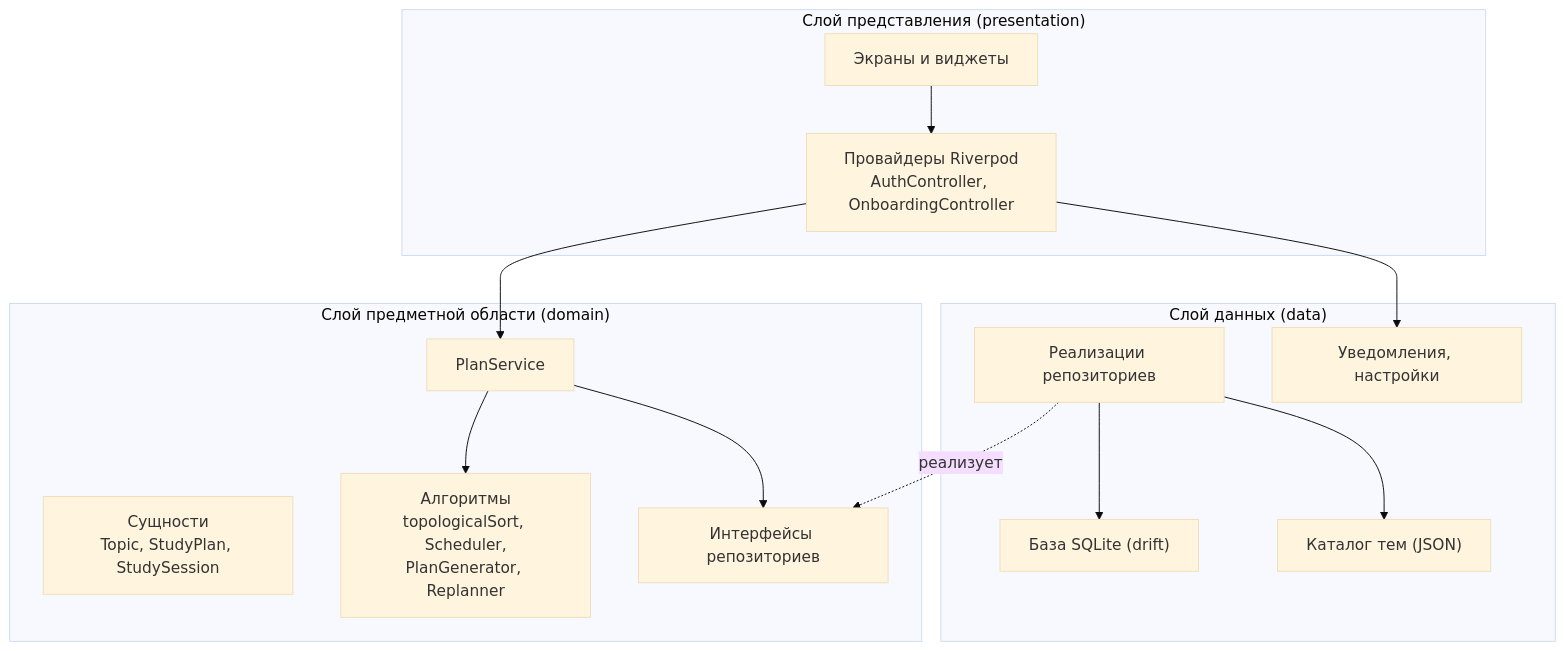
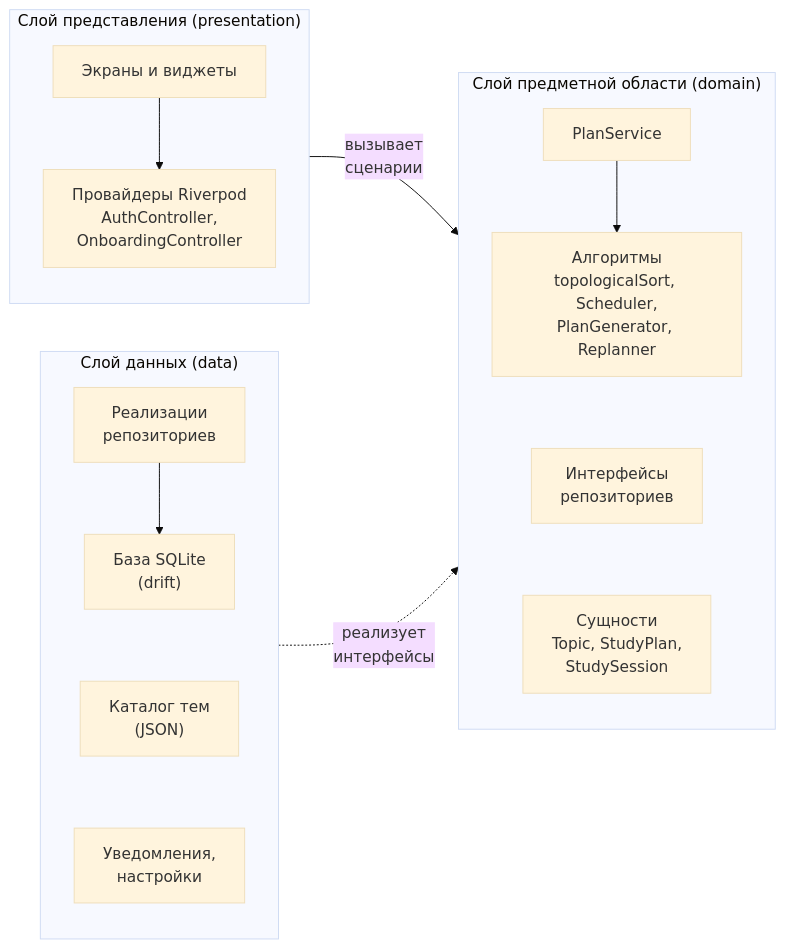
The first of 4 diagrams in docs/coursework/04_chapter2_practice.md (Barin5550/3_KURS_DIPLOMKA_BOBR_S), drawn with Mermaid (base theme) before and after one commit. The commit also changed other lines of this file and 12 other files, not shown here.

First line of the commit message:
Курсовая: оформление схем, таблиц и приложений

````diff
--- a/docs/coursework/04_chapter2_practice.md
+++ b/docs/coursework/04_chapter2_practice.md
@@ -42,25 +42,21 @@
 ```mermaid
-flowchart TB
+flowchart LR
     subgraph P["Слой представления (presentation)"]
-        S["Экраны и виджеты"]
-        C["Провайдеры Riverpod<br/>AuthController, OnboardingController"]
+        direction TB
+        S["Экраны и виджеты"] --> C["Провайдеры Riverpod<br/>AuthController,<br/>OnboardingController"]
     end
     subgraph D["Слой предметной области (domain)"]
-        E["Сущности<br/>Topic, StudyPlan, StudySession"]
-        A["Алгоритмы<br/>topologicalSort, Scheduler,<br/>PlanGenerator, Replanner"]
-        R["Интерфейсы репозиториев"]
-        U["PlanService"]
+        direction TB
+        U["PlanService"] --> A["Алгоритмы<br/>topologicalSort, Scheduler,<br/>PlanGenerator, Replanner"]
+        A ~~~ R["Интерфейсы<br/>репозиториев"]
+        R ~~~ E["Сущности<br/>Topic, StudyPlan,<br/>StudySession"]
     end
     subgraph DA["Слой данных (data)"]
-        DB["База SQLite (drift)"]
-        RI["Реализации репозиториев"]
-        J["Каталог тем (JSON)"]
-        N["Уведомления, настройки"]
+        direction TB
+        RI["Реализации<br/>репозиториев"] --> DB["База SQLite<br/>(drift)"]
+        DB ~~~ J["Каталог тем<br/>(JSON)"]
+        J ~~~ N["Уведомления,<br/>настройки"]
     end
-    S --> C --> U --> A
-    U --> R
-    RI -.реализует.-> R
-    RI --> DB
-    RI --> J
-    C --> N
+    P -- "вызывает<br/>сценарии" --> D
+    DA -. "реализует<br/>интерфейсы" .-> D
 ```
````
